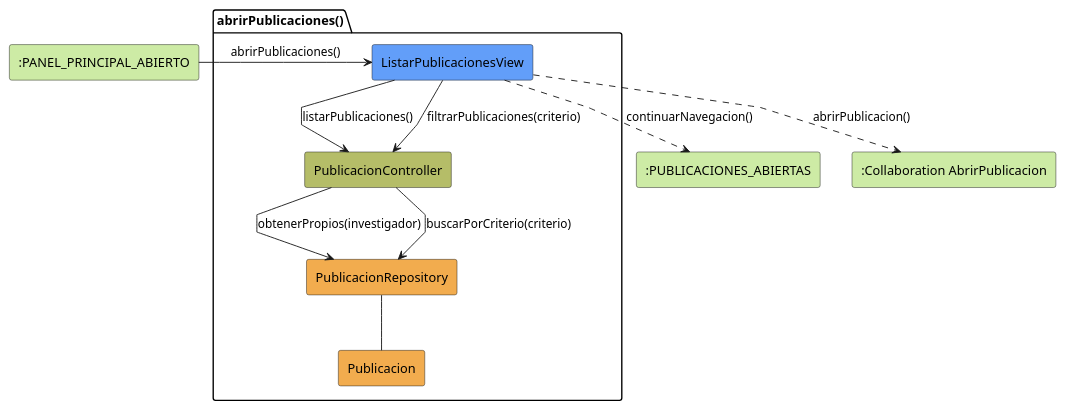
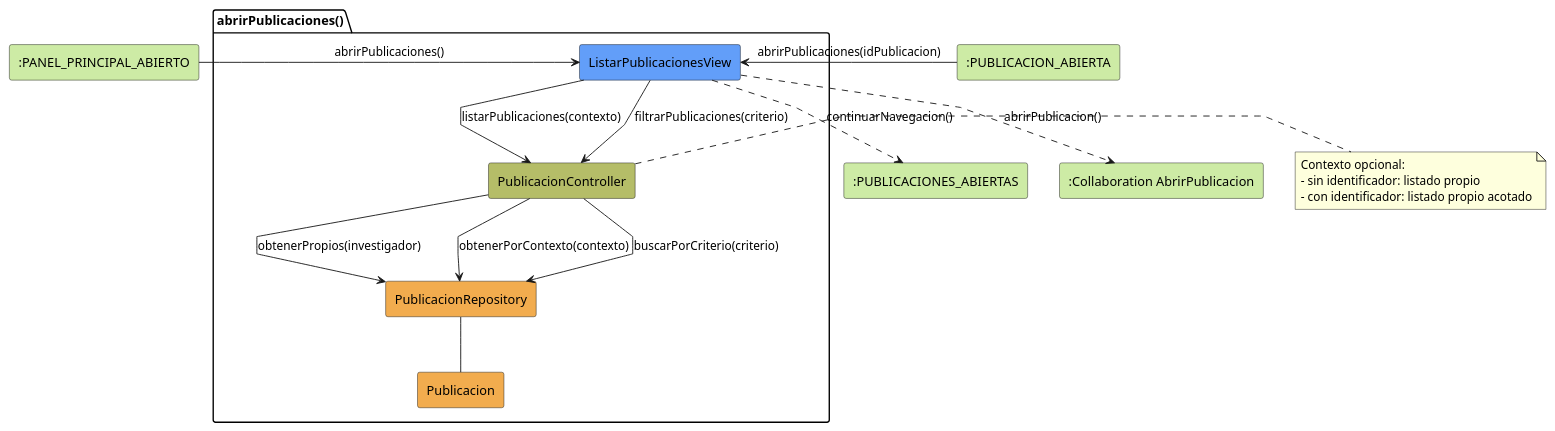
One commit to beatriizorozco/25-26-idsw2-sdVC changed the diagram in RUP/01-analisis/casos-uso/investigador/abrirPublicaciones/colaboracion.puml. Above: the diagram before and after it, drawn with PlantUML. The commit also changed 53 other files, not shown here.

Commit message:
feat: actualizo algunos diagramas de colaboración con la recomendación del profesor

```diff
--- a/RUP/01-analisis/casos-uso/investigador/abrirPublicaciones/colaboracion.puml
+++ b/RUP/01-analisis/casos-uso/investigador/abrirPublicaciones/colaboracion.puml
@@ -1,25 +1,33 @@
 @startuml abrirPublicaciones-analisis
 skinparam linetype polyline
 
-rectangle #CDEBA5 ":PANEL_PRINCIPAL_ABIERTO" as EstadoEntrada
+rectangle #CDEBA5 ":PANEL_PRINCIPAL_ABIERTO" as EstadoEntrada1
+rectangle #CDEBA5 ":PUBLICACION_ABIERTA" as EstadoEntrada2
 package abrirPublicaciones as "abrirPublicaciones()" {
     rectangle #629EF9 ListarPublicacionesView
     rectangle #b5bd68 PublicacionController
     rectangle #F2AC4E PublicacionRepository
     rectangle #F2AC4E Publicacion
 }
 
 rectangle #CDEBA5 ":PUBLICACIONES_ABIERTAS" as EstadoSalida
 rectangle #CDEBA5 ":Collaboration AbrirPublicacion" as AbrirPublicacion
 
-EstadoEntrada -r-> ListarPublicacionesView: abrirPublicaciones()
+EstadoEntrada1 -r-> ListarPublicacionesView: abrirPublicaciones()
+EstadoEntrada2 -r-> ListarPublicacionesView: abrirPublicaciones(idPublicacion)
 
-ListarPublicacionesView -d-> PublicacionController: listarPublicaciones()
+ListarPublicacionesView -d-> PublicacionController: listarPublicaciones(contexto)
 ListarPublicacionesView --> PublicacionController: filtrarPublicaciones(criterio)
 PublicacionController --> PublicacionRepository: obtenerPropios(investigador)
+PublicacionController --> PublicacionRepository: obtenerPorContexto(contexto)
 PublicacionController --> PublicacionRepository: buscarPorCriterio(criterio)
 PublicacionRepository -- Publicacion
+note right of PublicacionController
+Contexto opcional:
+- sin identificador: listado propio
+- con identificador: listado propio acotado
+end note
 ListarPublicacionesView ..> EstadoSalida: continuarNavegacion()
 ListarPublicacionesView ..> AbrirPublicacion: abrirPublicacion()
 
 @enduml
```
